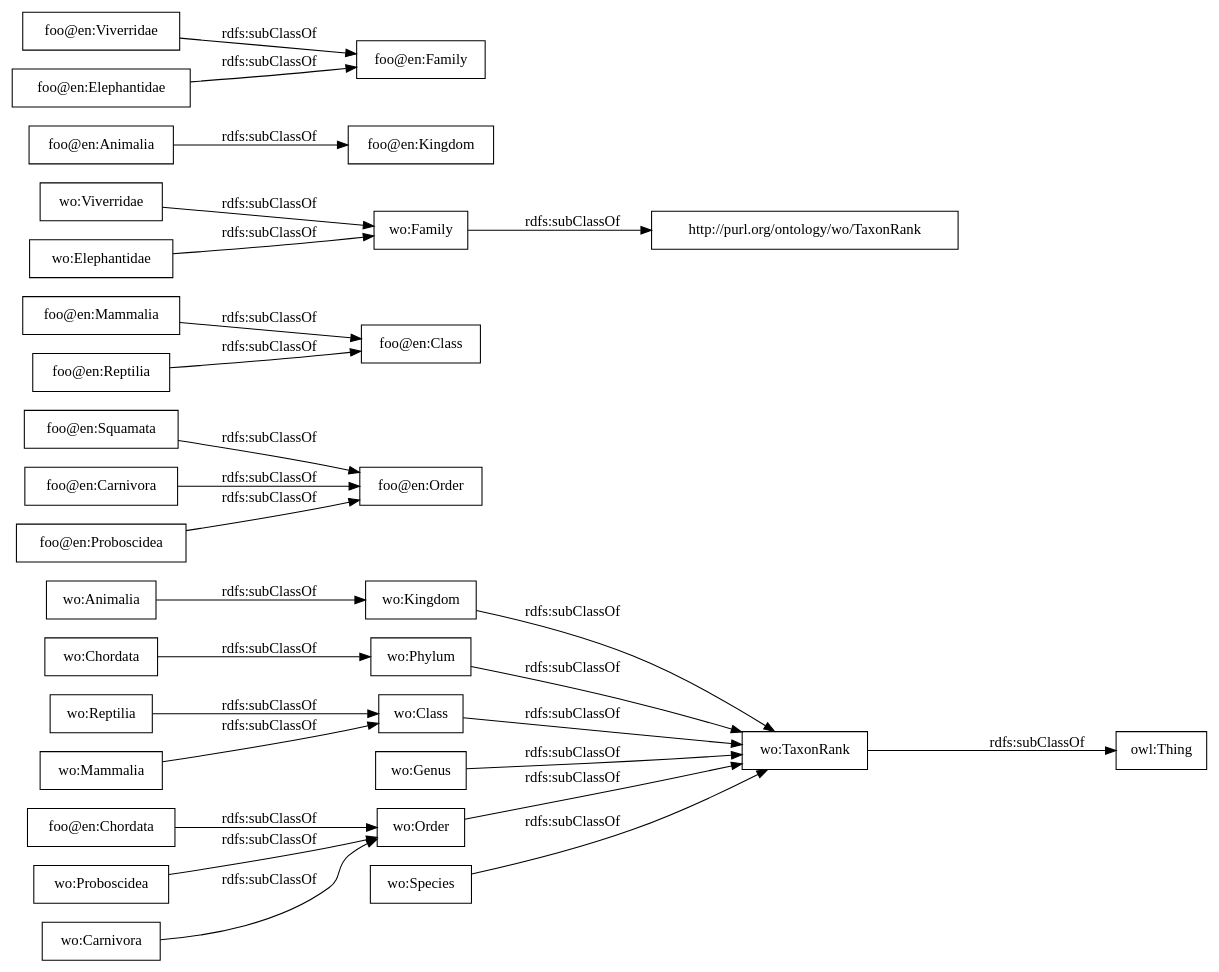
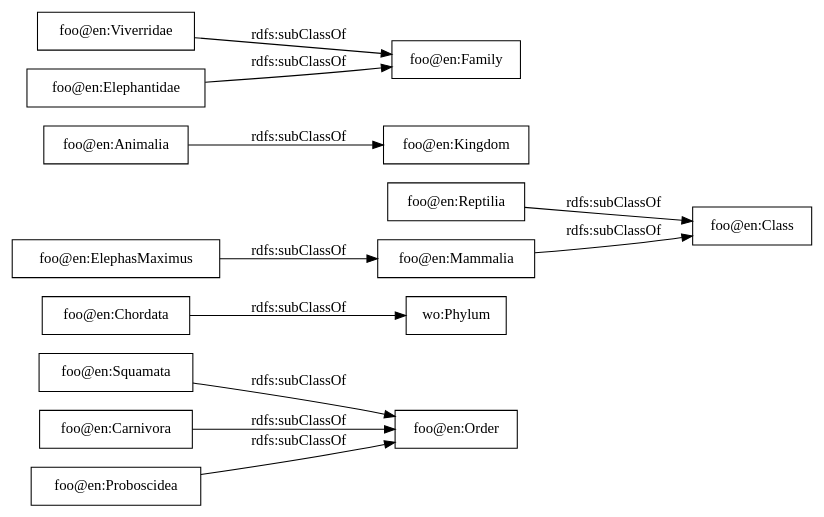
Before and after one commit to Naeima/foo_html: the diagram in OnToology/index.ttl/diagrams/ar2dtool-taxonomy/index.ttl.png.dot, drawn with Graphviz. The commit also changed 13 other files, not shown here.

```diff
--- a/OnToology/index.ttl/diagrams/ar2dtool-taxonomy/index.ttl.png.dot
+++ b/OnToology/index.ttl/diagrams/ar2dtool-taxonomy/index.ttl.png.dot
@@ -1,31 +1,16 @@
 digraph ar2dtool_diagram { 
 rankdir=LR;
 size="1000"
-node [shape = rectangle, color="black"]; "foo@en:Chordata" "wo:Animalia" "wo:Kingdom" "wo:Proboscidea" "wo:Phylum" "foo@en:Squamata" "foo@en:Mammalia" "wo:Viverridae" "wo:Order" "wo:Mammalia" "wo:Genus" "wo:TaxonRank" "wo:Carnivora" "foo@en:Animalia" "wo:Family" "wo:Class" "foo@en:Order" "wo:Elephantidae" "foo@en:Carnivora" "wo:Chordata" "foo@en:Kingdom" "foo@en:Viverridae" "foo@en:Elephantidae" "foo@en:Reptilia" "wo:Reptilia" "foo@en:Family" "foo@en:Class" "wo:Species" "foo@en:Proboscidea" ; /*classes style*/
-	"wo:TaxonRank" -> "owl:Thing" [ label = "rdfs:subClassOf" ];
-	"wo:Reptilia" -> "wo:Class" [ label = "rdfs:subClassOf" ];
-	"wo:Kingdom" -> "wo:TaxonRank" [ label = "rdfs:subClassOf" ];
-	"wo:Species" -> "wo:TaxonRank" [ label = "rdfs:subClassOf" ];
-	"wo:Phylum" -> "wo:TaxonRank" [ label = "rdfs:subClassOf" ];
-	"foo@en:Chordata" -> "wo:Order" [ label = "rdfs:subClassOf" ];
-	"wo:Animalia" -> "wo:Kingdom" [ label = "rdfs:subClassOf" ];
-	"wo:Mammalia" -> "wo:Class" [ label = "rdfs:subClassOf" ];
+node [shape = rectangle, color="black"]; "foo@en:Squamata" "wo:Phylum" "foo@en:Mammalia" "foo@en:Animalia" "foo@en:Carnivora" "foo@en:Viverridae" "foo@en:Elephantidae" "foo@en:Reptilia" "foo@en:Chordata" "foo@en:Proboscidea" ; /*classes style*/
+	"foo@en:Reptilia" -> "foo@en:Class" [ label = "rdfs:subClassOf" ];
+	"foo@en:Chordata" -> "wo:Phylum" [ label = "rdfs:subClassOf" ];
 	"foo@en:Squamata" -> "foo@en:Order" [ label = "rdfs:subClassOf" ];
-	"wo:Elephantidae" -> "wo:Family" [ label = "rdfs:subClassOf" ];
-	"wo:Order" -> "wo:TaxonRank" [ label = "rdfs:subClassOf" ];
+	"foo@en:Proboscidea" -> "foo@en:Order" [ label = "rdfs:subClassOf" ];
 	"foo@en:Elephantidae" -> "foo@en:Family" [ label = "rdfs:subClassOf" ];
-	"wo:Family" -> "http://purl.org/ontology/wo/TaxonRank" [ label = "rdfs:subClassOf" ];
-	"foo@en:Proboscidea" -> "foo@en:Order" [ label = "rdfs:subClassOf" ];
-	"wo:Class" -> "wo:TaxonRank" [ label = "rdfs:subClassOf" ];
-	"foo@en:Reptilia" -> "foo@en:Class" [ label = "rdfs:subClassOf" ];
-	"wo:Genus" -> "wo:TaxonRank" [ label = "rdfs:subClassOf" ];
 	"foo@en:Viverridae" -> "foo@en:Family" [ label = "rdfs:subClassOf" ];
-	"wo:Proboscidea" -> "wo:Order" [ label = "rdfs:subClassOf" ];
+	"foo@en:ElephasMaximus" -> "foo@en:Mammalia" [ label = "rdfs:subClassOf" ];
+	"foo@en:Carnivora" -> "foo@en:Order" [ label = "rdfs:subClassOf" ];
 	"foo@en:Animalia" -> "foo@en:Kingdom" [ label = "rdfs:subClassOf" ];
-	"wo:Carnivora" -> "wo:Order" [ label = "rdfs:subClassOf" ];
-	"foo@en:Carnivora" -> "foo@en:Order" [ label = "rdfs:subClassOf" ];
 	"foo@en:Mammalia" -> "foo@en:Class" [ label = "rdfs:subClassOf" ];
-	"wo:Chordata" -> "wo:Phylum" [ label = "rdfs:subClassOf" ];
-	"wo:Viverridae" -> "wo:Family" [ label = "rdfs:subClassOf" ];
 
 }
```
